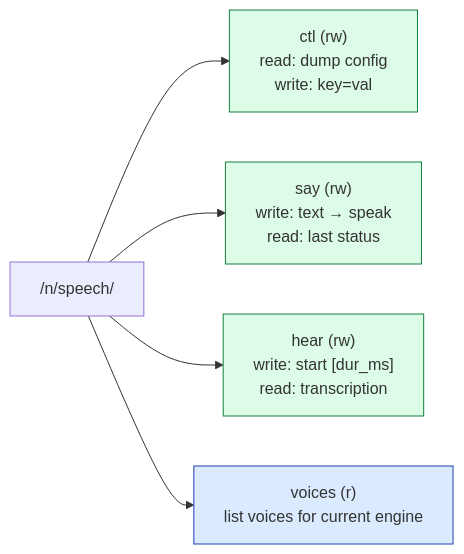
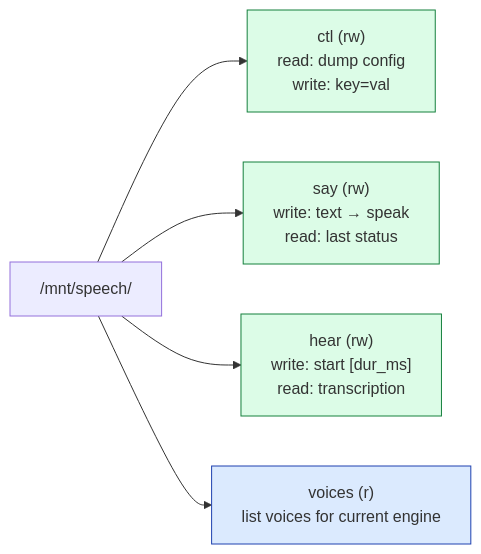
Before and after one commit to Ticed/infernode-os: the second of 16 diagrams in docs/SPEECH-ARCHITECTURE.md, drawn with Mermaid. The commit also changed other lines of this file and 66 other files, not shown here.

````diff
--- a/docs/SPEECH-ARCHITECTURE.md
+++ b/docs/SPEECH-ARCHITECTURE.md
@@ -67,12 +67,12 @@
 ```mermaid
 flowchart LR
-    root["/n/speech/"] --> ctl["ctl (rw)<br/>read: dump config<br/>write: key=val"]
+    root["/mnt/speech/"] --> ctl["ctl (rw)<br/>read: dump config<br/>write: key=val"]
     root --> say["say (rw)<br/>write: text → speak<br/>read: last status"]
     root --> hear["hear (rw)<br/>write: start [dur_ms]<br/>read: transcription"]
     root --> voices["voices (r)<br/>list voices for current engine"]
 
     classDef rw fill:#dcfce7,stroke:#15803d
     classDef ro fill:#dbeafe,stroke:#1e40af
     class ctl,say,hear rw
     class voices ro
 ```
````
